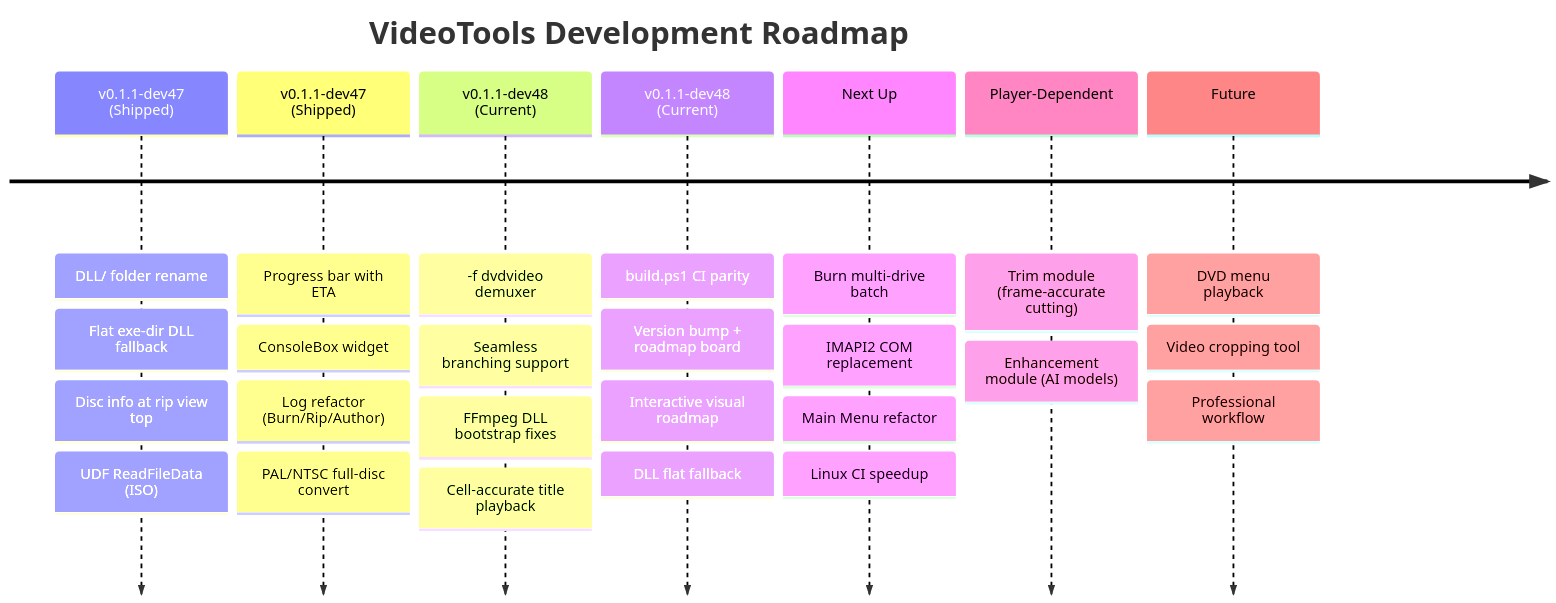
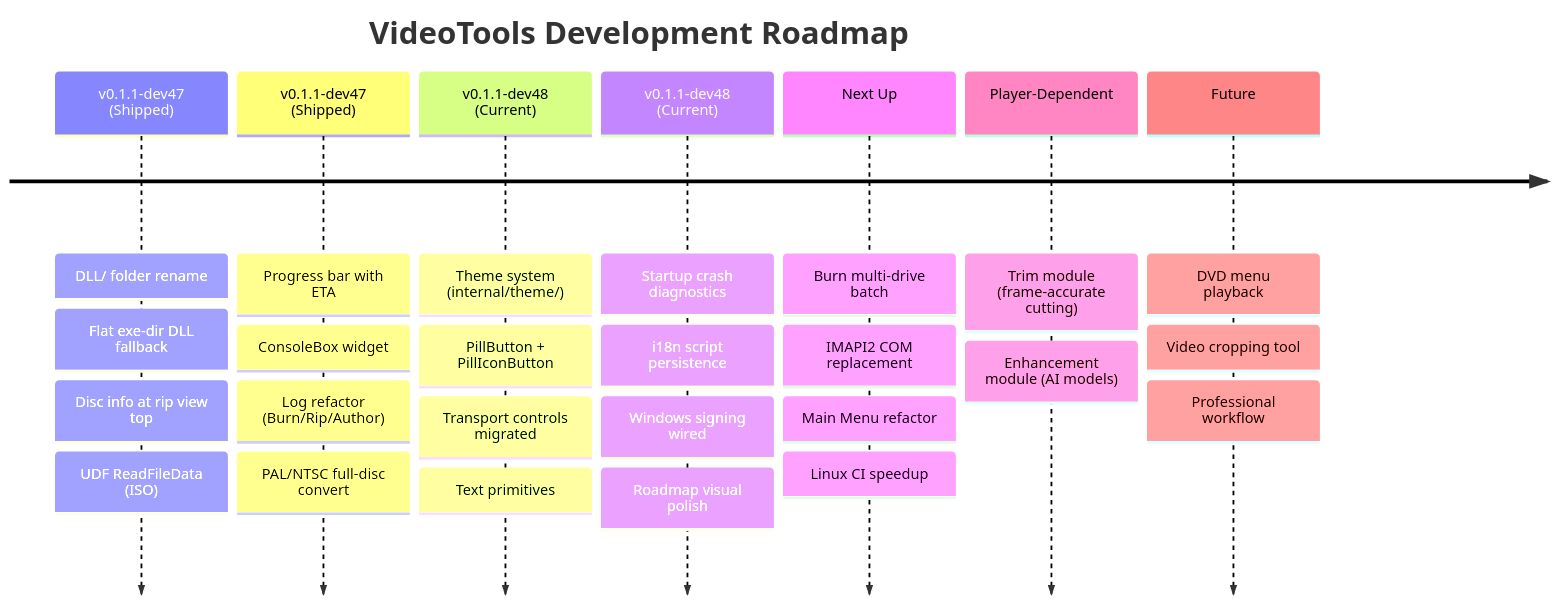
Before and after one commit to LeakTechnologies/VideoTools: the diagram in docs/ROADMAP.md, drawn with Mermaid. The commit also changed other lines of this file and 6 other files, not shown here.

Commit message:
docs: update all 6 docs for dev48 — theme system, transport migration, crash diagnostics, i18n persistence, signing

````diff
--- a/docs/ROADMAP.md
+++ b/docs/ROADMAP.md
@@ -7,11 +7,11 @@
 ```mermaid
 timeline
     title VideoTools Development Roadmap
     v0.1.1-dev47 (Shipped) : DLL/ folder rename : Flat exe-dir DLL fallback : Disc info at rip view top : UDF ReadFileData (ISO)
     v0.1.1-dev47 (Shipped) : Progress bar with ETA : ConsoleBox widget : Log refactor (Burn/Rip/Author) : PAL/NTSC full-disc convert
-    v0.1.1-dev48 (Current) : -f dvdvideo demuxer : Seamless branching support : FFmpeg DLL bootstrap fixes : Cell-accurate title playback
-    v0.1.1-dev48 (Current) : build.ps1 CI parity : Version bump + roadmap board : Interactive visual roadmap : DLL flat fallback
+    v0.1.1-dev48 (Current) : Theme system (internal/theme/) : PillButton + PillIconButton : Transport controls migrated : Text primitives
+    v0.1.1-dev48 (Current) : Startup crash diagnostics : i18n script persistence : Windows signing wired : Roadmap visual polish
     Next Up : Burn multi-drive batch : IMAPI2 COM replacement : Main Menu refactor : Linux CI speedup
     Player-Dependent : Trim module (frame-accurate cutting) : Enhancement module (AI models)
     Future : DVD menu playback : Video cropping tool : Professional workflow
 ```
````
